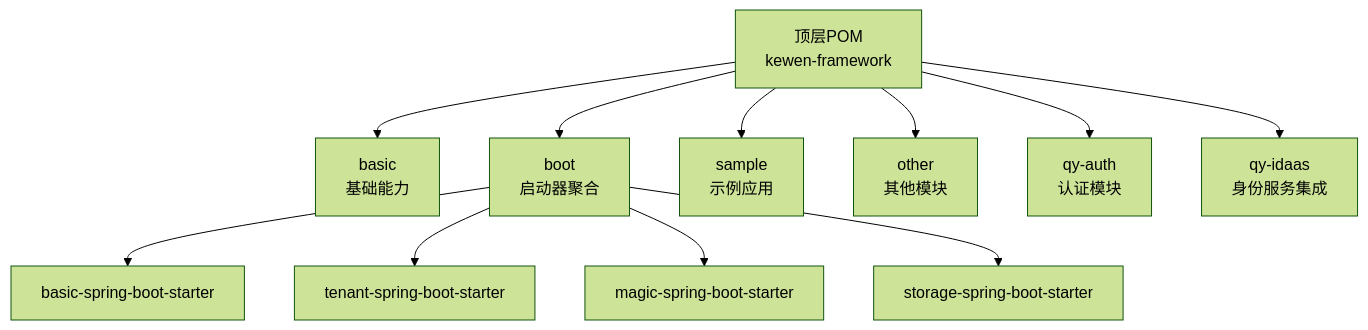
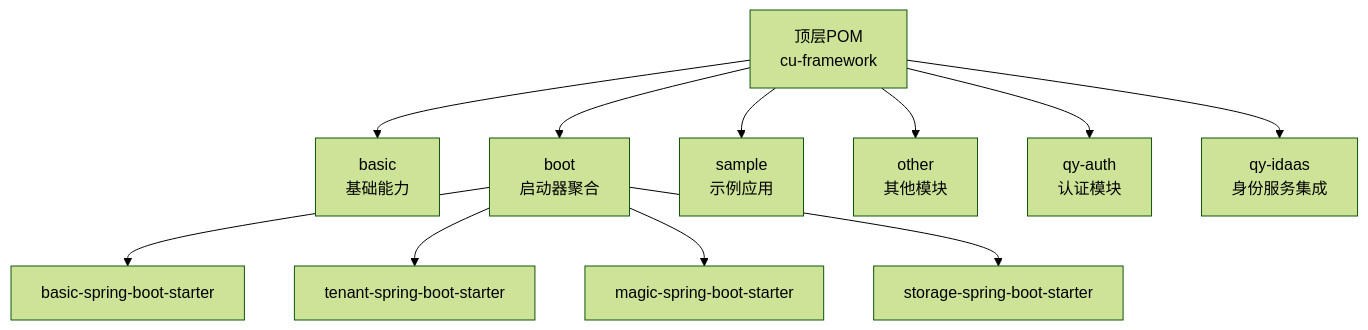
The first of 3 diagrams in .qoder/repowiki/zh/content/开发指南/构建与部署.md (LiukewenSC/kewen-framework), drawn with Mermaid (forest theme) before and after one commit. The commit also changed other lines of this file and 764 other files, not shown here.

````diff
--- a/.qoder/repowiki/zh/content/开发指南/构建与部署.md
+++ b/.qoder/repowiki/zh/content/开发指南/构建与部署.md
@@ -42,13 +42,13 @@
 ```mermaid
 graph TB
-root["顶层POM<br/>kewen-framework"] --> basic_mod["basic<br/>基础能力"]
+root["顶层POM<br/>cu-framework"] --> basic_mod["basic<br/>基础能力"]
 root --> boot_mod["boot<br/>启动器聚合"]
 root --> sample_mod["sample<br/>示例应用"]
 root --> other_mod["other<br/>其他模块"]
 root --> qy_auth["qy-auth<br/>认证模块"]
 root --> qy_idaas["qy-idaas<br/>身份服务集成"]
 boot_mod --> starter_basic["basic-spring-boot-starter"]
 boot_mod --> starter_tenant["tenant-spring-boot-starter"]
 boot_mod --> starter_magic["magic-spring-boot-starter"]
 boot_mod --> starter_storage["storage-spring-boot-starter"]
 ```
````
